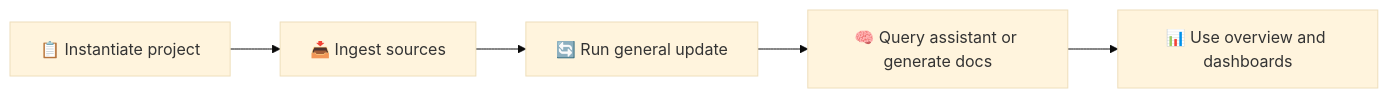
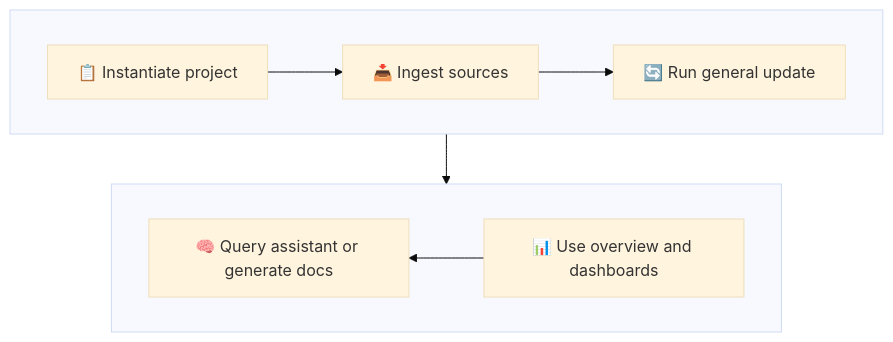
One commit to CptAdventure7/le-classeux changed the diagram in README.md. Above: the diagram before and after it, drawn with Mermaid (base theme). The commit also changed 1 other file, not shown here.

Commit message:
docs: wrap workspace workflow diagram

````diff
--- a/README.md
+++ b/README.md
@@ -14,13 +14,23 @@
 ```mermaid
-flowchart LR
+flowchart TB
     accTitle: Engineering Memory Workflow
     accDescr: This workflow shows how a systems engineer can use the repository from project creation through source ingestion, context refresh, assisted outputs, and continuous improvement.
 
     instantiate["📋 Instantiate project"]
     ingest["📥 Ingest sources"]
     refresh["🔄 Run general update"]
     query["🧠 Query assistant or generate docs"]
     improve["📊 Use overview and dashboards"]
 
-    instantiate --> ingest --> refresh --> query --> improve
+    subgraph top_row[" "]
+        direction LR
+        instantiate --> ingest --> refresh
+    end
+
+    subgraph bottom_row[" "]
+        direction RL
+        improve --> query
+    end
+
+    refresh --> query
 ```
````
